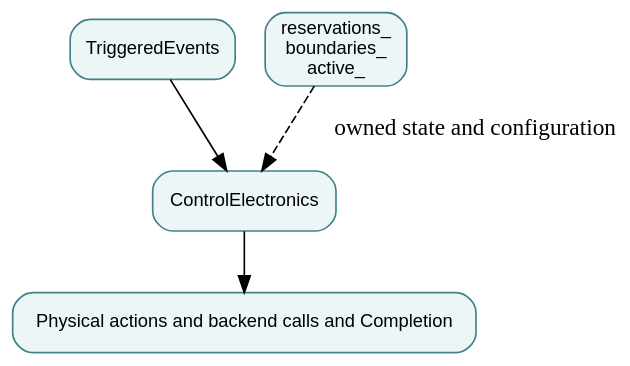
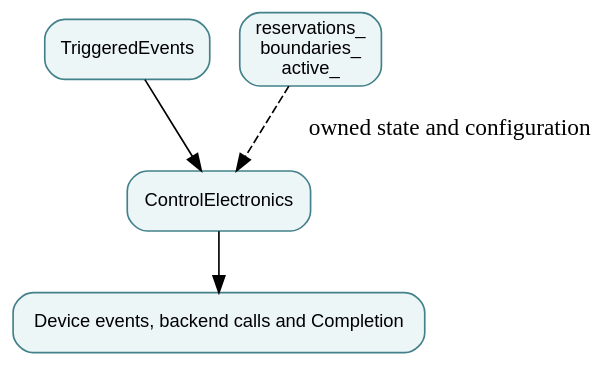
Before and after one commit to qsbit-org/qsbit-sim: the diagram in docs/modules/control-output.md, drawn with Graphviz. The commit also changed other lines of this file and 44 other files, not shown here.

````diff
--- a/docs/modules/control-output.md
+++ b/docs/modules/control-output.md
@@ -15,11 +15,11 @@
 ```{graphviz}
 digraph module {
   rankdir=TB; bgcolor="transparent";
   node [shape=box, style="rounded,filled", fillcolor="#edf6f7", color="#43818a", fontname="sans-serif", fontsize=11];
   input [label="TriggeredEvents"];
   owner [label="ControlElectronics"];
   state [label="reservations_\nboundaries_\nactive_"];
-  output [label="Physical actions and backend calls and Completion"];
+  output [label="Device events, backend calls and Completion"];
   input -> owner; owner -> output; state -> owner [style=dashed, label="owned state and configuration"];
 }
 ```
````
